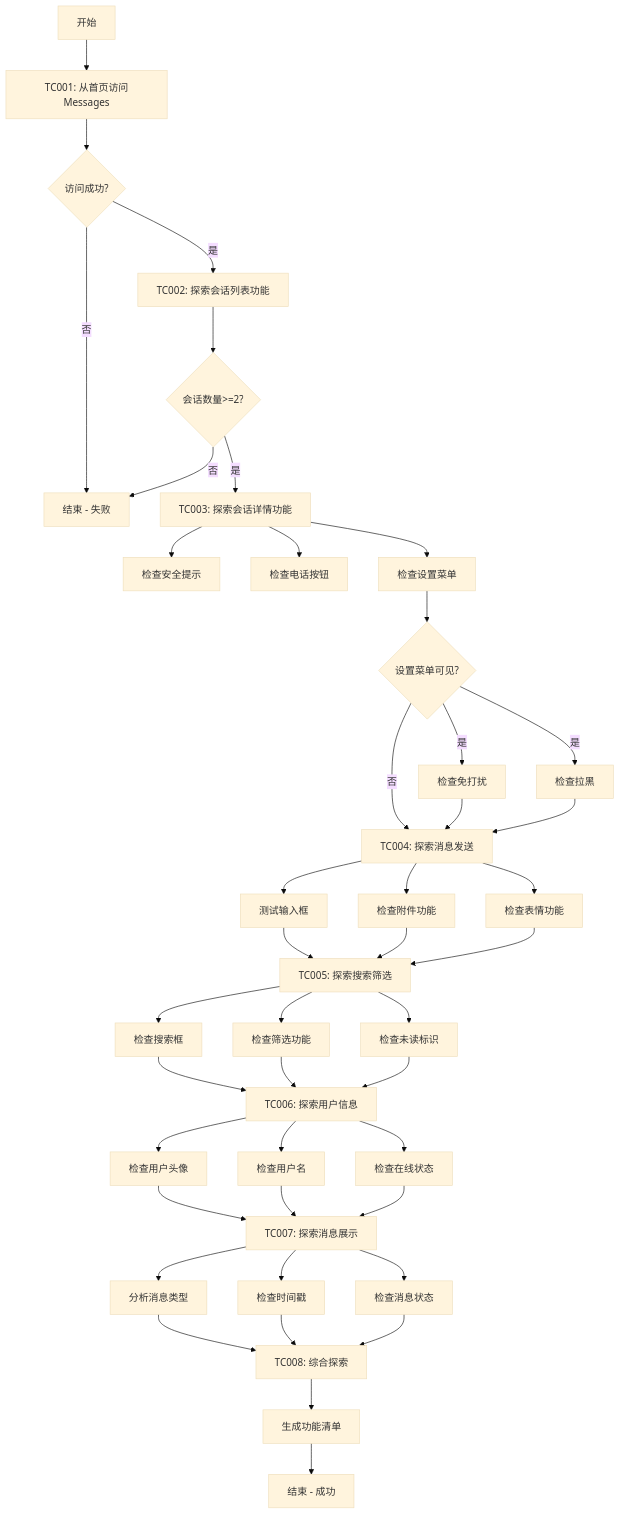
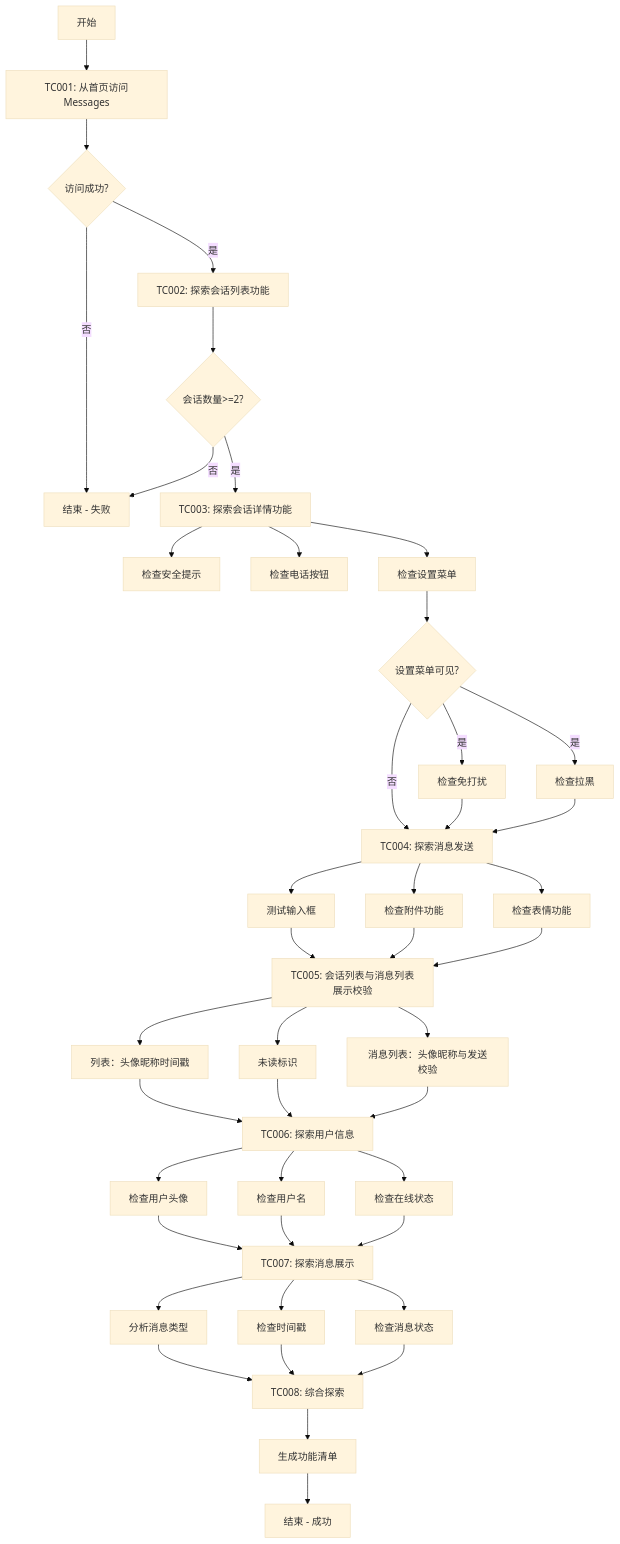
Before and after one commit to jiadan-user/jiacangku: the diagram in bundled/knowledge_base/文本用例/Tiyan/消息中心 /OK-Messages-功能探索-测试用例-20260306.md, drawn with Mermaid (base theme). The commit also changed other lines of this file and 3 other files, not shown here.

````diff
--- a/bundled/knowledge_base/文本用例/Tiyan/消息中心 /OK-Messages-功能探索-测试用例-20260306.md
+++ b/bundled/knowledge_base/文本用例/Tiyan/消息中心 /OK-Messages-功能探索-测试用例-20260306.md
@@ -1924,58 +1689,58 @@
 ```mermaid
 graph TD
     A[开始] --> B[TC001: 从首页访问Messages]
     B --> C{访问成功?}
     C -->|是| D[TC002: 探索会话列表功能]
     C -->|否| Z[结束 - 失败]
     
     D --> E{会话数量>=2?}
     E -->|是| F[TC003: 探索会话详情功能]
     E -->|否| Z
     
     F --> G[检查安全提示]
     F --> H[检查电话按钮]
     F --> I[检查设置菜单]
     
     I --> J{设置菜单可见?}
     J -->|是| K[检查免打扰]
     J -->|是| L[检查拉黑]
     J -->|否| M[TC004: 探索消息发送]
     
     K --> M
     L --> M
     
     M --> N[测试输入框]
     M --> O[检查附件功能]
     M --> P[检查表情功能]
     
-    N --> Q[TC005: 探索搜索筛选]
+    N --> Q[TC005: 会话列表与消息列表展示校验]
     O --> Q
     P --> Q
     
-    Q --> R[检查搜索框]
-    Q --> S[检查筛选功能]
-    Q --> T[检查未读标识]
+    Q --> R[列表：头像昵称时间戳]
+    Q --> S[未读标识]
+    Q --> T[消息列表：头像昵称与发送校验]
     
     R --> U[TC006: 探索用户信息]
     S --> U
     T --> U
     
     U --> V[检查用户头像]
     U --> W[检查用户名]
     U --> X[检查在线状态]
     
     V --> Y[TC007: 探索消息展示]
     W --> Y
     X --> Y
     
     Y --> AA[分析消息类型]
     Y --> AB[检查时间戳]
     Y --> AC[检查消息状态]
     
     AA --> AD[TC008: 综合探索]
     AB --> AD
     AC --> AD
     
     AD --> AE[生成功能清单]
     AE --> AF[结束 - 成功]
 ```
````
